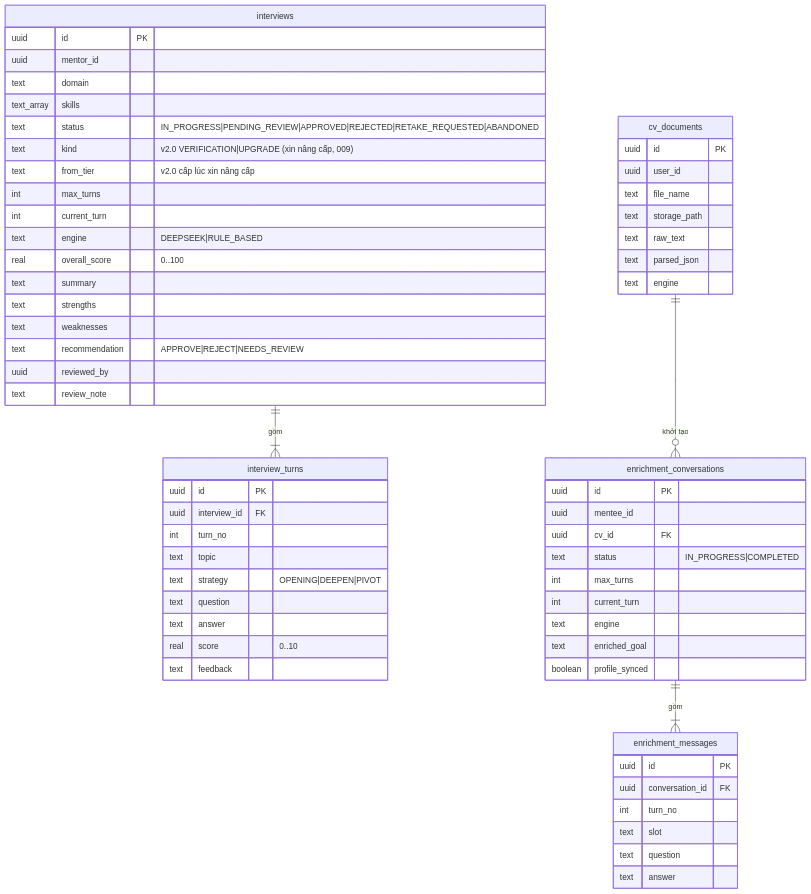
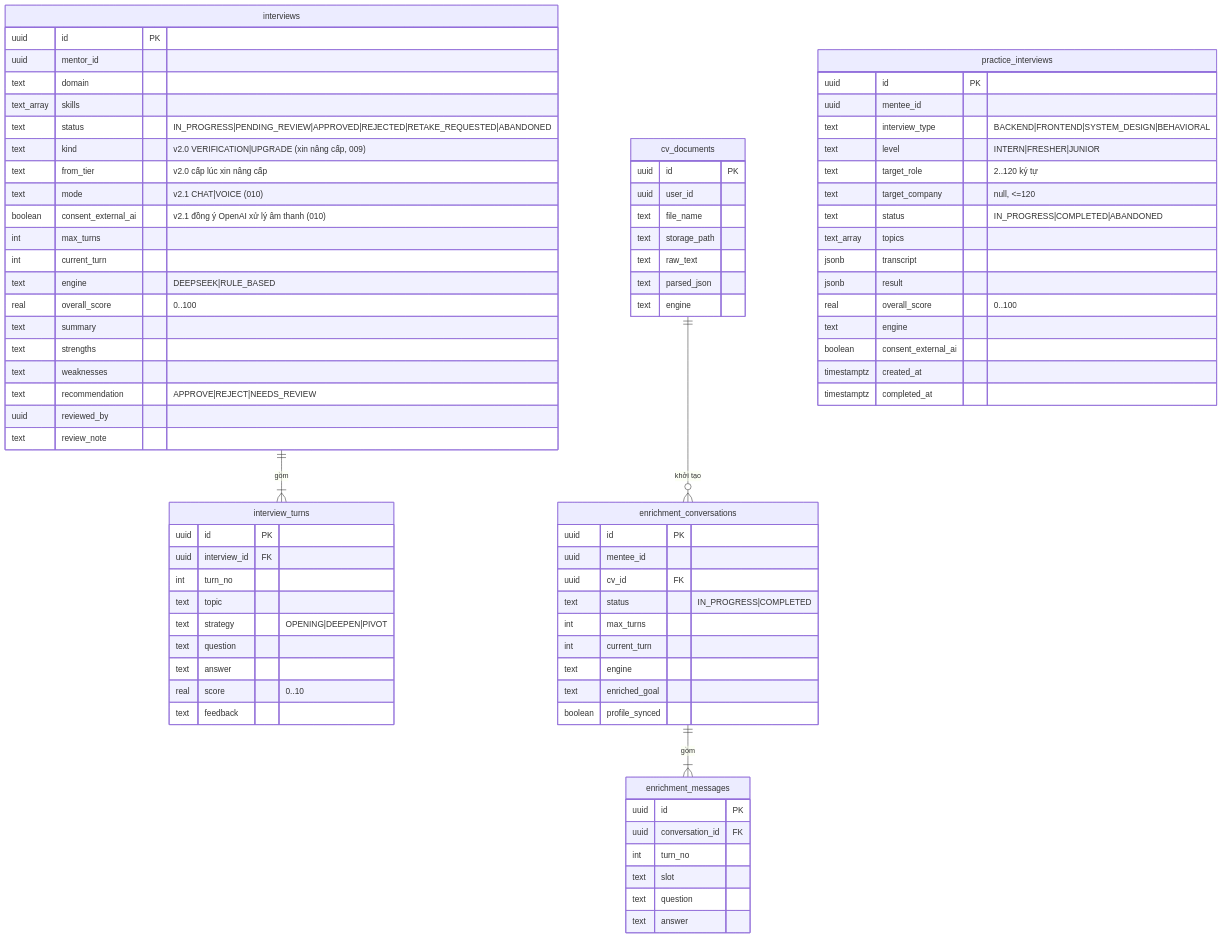
Before and after one commit to quangpham10212004/do_an_2026: the fifth of 8 diagrams in docs/database-design.md, drawn with Mermaid. The commit also changed other lines of this file and 47 other files, not shown here.

````diff
--- a/docs/database-design.md
+++ b/docs/database-design.md
@@ -241,6 +241,8 @@
         text status "IN_PROGRESS|PENDING_REVIEW|APPROVED|REJECTED|RETAKE_REQUESTED|ABANDONED"
         text kind "v2.0 VERIFICATION|UPGRADE (xin nâng cấp, 009)"
         text from_tier "v2.0 cấp lúc xin nâng cấp"
+        text mode "v2.1 CHAT|VOICE (010)"
+        boolean consent_external_ai "v2.1 đồng ý OpenAI xử lý âm thanh (010)"
         int max_turns
         int current_turn
         text engine "DEEPSEEK|RULE_BASED"
@@ -291,4 +293,21 @@
         text question
         text answer
     }
+    practice_interviews {
+        uuid id PK
+        uuid mentee_id
+        text interview_type "BACKEND|FRONTEND|SYSTEM_DESIGN|BEHAVIORAL"
+        text level "INTERN|FRESHER|JUNIOR"
+        text target_role "2..120 ký tự"
+        text target_company "null, <=120"
+        text status "IN_PROGRESS|COMPLETED|ABANDONED"
+        text_array topics
+        jsonb transcript
+        jsonb result
+        real overall_score "0..100"
+        text engine
+        boolean consent_external_ai
+        timestamptz created_at
+        timestamptz completed_at
+    }
 ```
````
